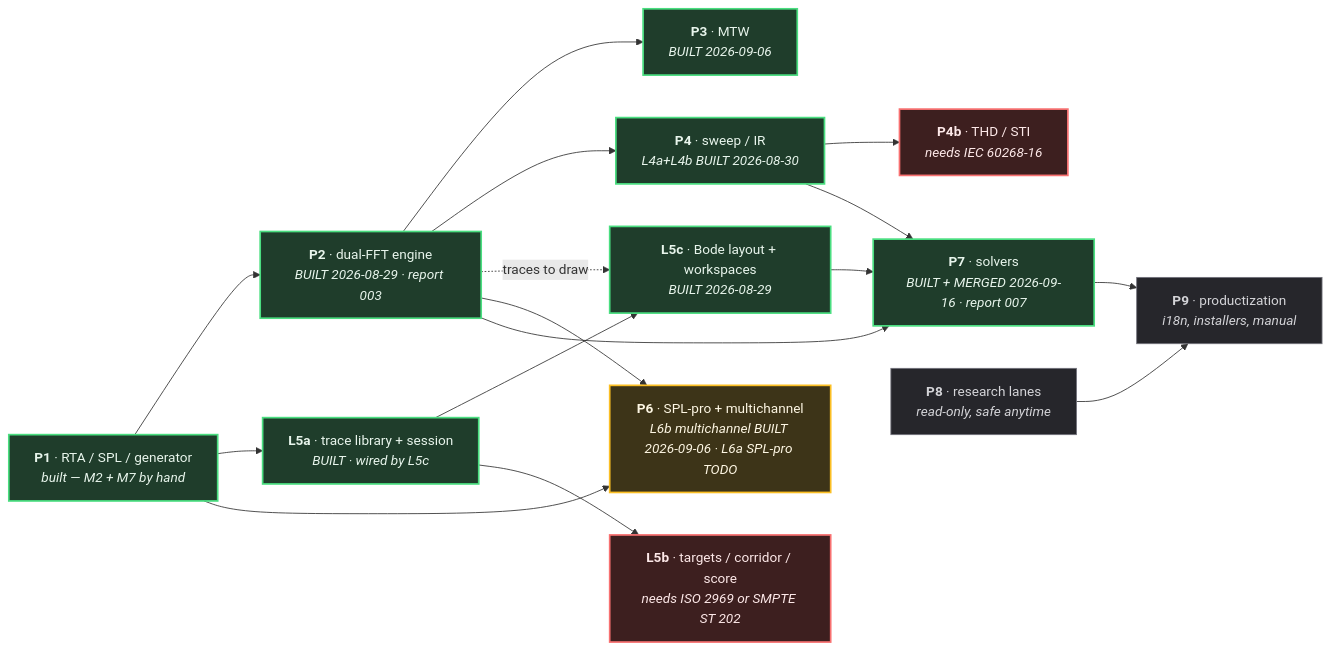
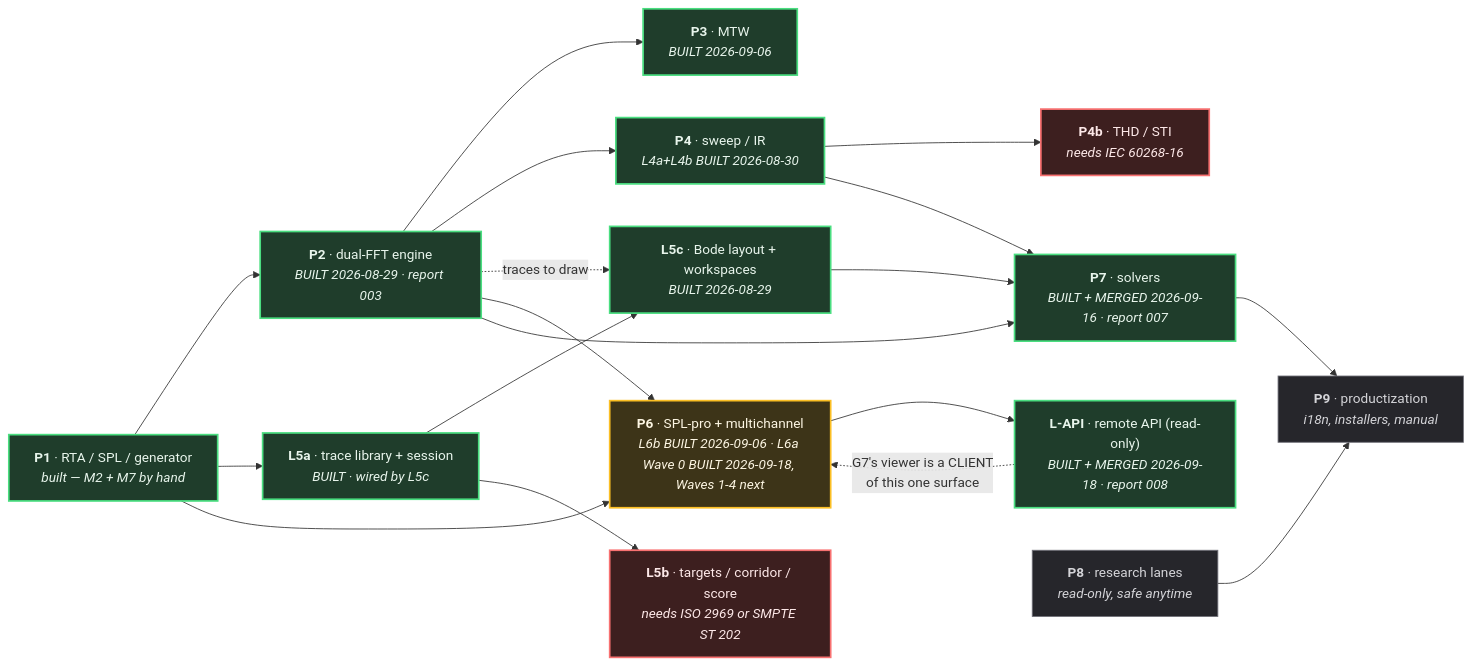
The diagram in docs/plans/MASTER-EXECUTION-PLAN.md (toanaz-ops/rta-tool), drawn with Mermaid before and after one commit. The commit also changed other lines of this file and 4 other files, not shown here.

````diff
--- a/docs/plans/MASTER-EXECUTION-PLAN.md
+++ b/docs/plans/MASTER-EXECUTION-PLAN.md
@@ -116,38 +173,41 @@
 ```mermaid
 graph LR
     P1["<b>P1</b> · RTA / SPL / generator<br/><i>built — M2 + M7 by hand</i>"]
     P2["<b>P2</b> · dual-FFT engine<br/><i>BUILT 2026-08-29 · report 003</i>"]
     P3["<b>P3</b> · MTW<br/><i>BUILT 2026-09-06</i>"]
     P4["<b>P4</b> · sweep / IR<br/><i>L4a+L4b BUILT 2026-08-30</i>"]
     P4b["<b>P4b</b> · THD / STI<br/><i>needs IEC 60268-16</i>"]
     L5a["<b>L5a</b> · trace library + session<br/><i>BUILT · wired by L5c</i>"]
     L5b["<b>L5b</b> · targets / corridor / score<br/><i>needs ISO 2969 or SMPTE ST 202</i>"]
     L5c["<b>L5c</b> · Bode layout + workspaces<br/><i>BUILT 2026-08-29</i>"]
-    P6["<b>P6</b> · SPL-pro + multichannel<br/><i>L6b multichannel BUILT 2026-09-06 · L6a SPL-pro TODO</i>"]
+    P6["<b>P6</b> · SPL-pro + multichannel<br/><i>L6b BUILT 2026-09-06 · L6a Wave 0 BUILT 2026-09-18, Waves 1-4 next</i>"]
+    LAPI["<b>L-API</b> · remote API (read-only)<br/><i>BUILT + MERGED 2026-09-18 · report 008</i>"]
     P7["<b>P7</b> · solvers<br/><i>BUILT + MERGED 2026-09-16 · report 007</i>"]
     P8["<b>P8</b> · research lanes<br/><i>read-only, safe anytime</i>"]
     P9["<b>P9</b> · productization<br/><i>i18n, installers, manual</i>"]
 
     P1 --> P2 --> P3
     P2 --> P4 --> P4b
     P1 --> L5a --> L5c
     L5a --> L5b
     P2 -.->|"traces to draw"| L5c
     P1 --> P6
     P2 --> P6
+    P6 --> LAPI
+    LAPI -.->|"G7's viewer is a CLIENT<br/>of this one surface"| P6
     P2 --> P7
     P4 --> P7
     L5c --> P7
     P7 --> P9
     P8 --> P9
 
     classDef done fill:#1f3d2b,stroke:#4ade80,stroke-width:2px,color:#e8f5ec
     classDef next fill:#3d3418,stroke:#fbbf24,stroke-width:2px,color:#fdf6e3
     classDef blocked fill:#3d1f1f,stroke:#f87171,stroke-width:2px,color:#fde8e8
     classDef later fill:#26262b,stroke:#71717a,stroke-width:1px,color:#d4d4d8
 
-    class P1,P2,P3,P4,L5a,L5c,P7 done
+    class P1,P2,P3,P4,L5a,L5c,P7,LAPI done
     class P6 next
     class L5b,P4b blocked
     class P8,P9 later
 ```
````
